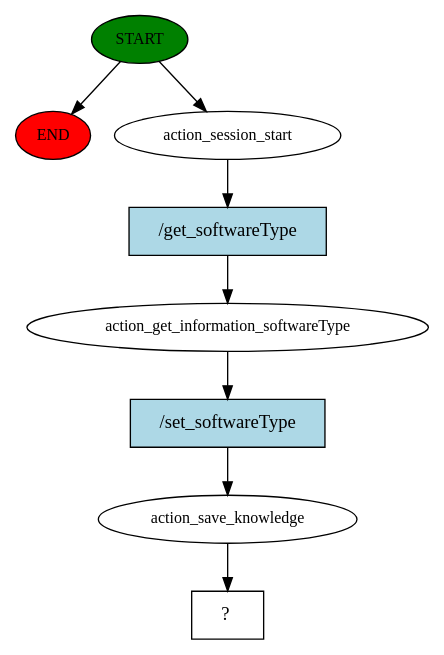
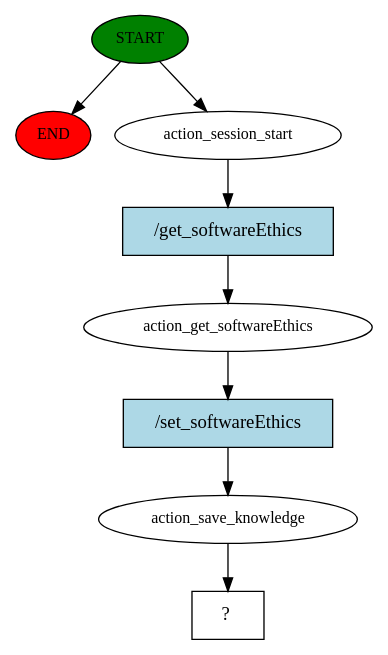
The diagram in story_graph.dot (Mips123/Bachelorthesis-Rasa-Chatbot), drawn with Graphviz before and after one commit. The commit also changed 8 other files, not shown here.

```diff
--- a/story_graph.dot
+++ b/story_graph.dot
@@ -1,17 +1,17 @@
 digraph  {
 0 [class="start active", fillcolor=green, fontsize=12, label=START, style=filled];
 "-1" [class=end, fillcolor=red, fontsize=12, label=END, style=filled];
 1 [class=active, fontsize=12, label=action_session_start];
-2 [class=active, fontsize=12, label=action_get_information_softwareType];
+2 [class=active, fontsize=12, label=action_get_softwareEthics];
 3 [class=active, fontsize=12, label=action_save_knowledge];
 4 [class="intent dashed active", label="  ?  ", shape=rect];
-5 [class="intent active", fillcolor=lightblue, label="/get_softwareType", shape=rect, style=filled];
-6 [class="intent active", fillcolor=lightblue, label="/set_softwareType", shape=rect, style=filled];
+5 [class="intent active", fillcolor=lightblue, label="/get_softwareEthics", shape=rect, style=filled];
+6 [class="intent active", fillcolor=lightblue, label="/set_softwareEthics", shape=rect, style=filled];
 0 -> "-1"  [class="", key=NONE, label=""];
 0 -> 1  [class=active, key=NONE, label=""];
 1 -> 5  [class=active, key=0];
 2 -> 6  [class=active, key=0];
 3 -> 4  [class=active, key=NONE, label=""];
 5 -> 2  [class=active, key=0];
 6 -> 3  [class=active, key=0];
 }
```
